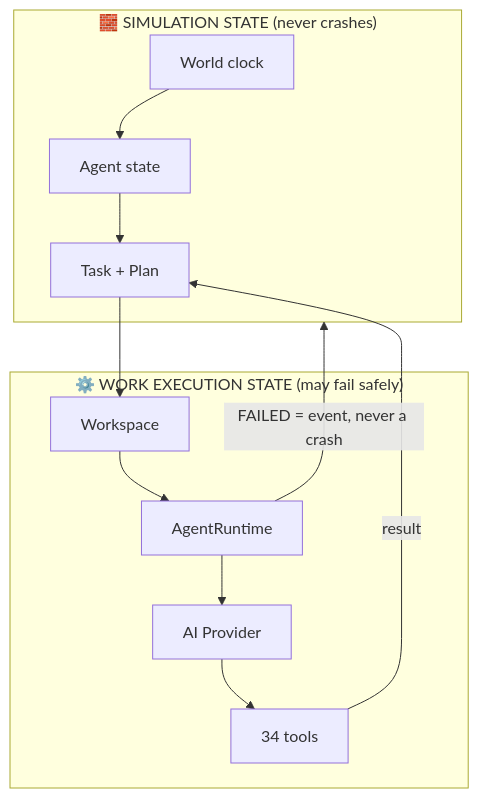
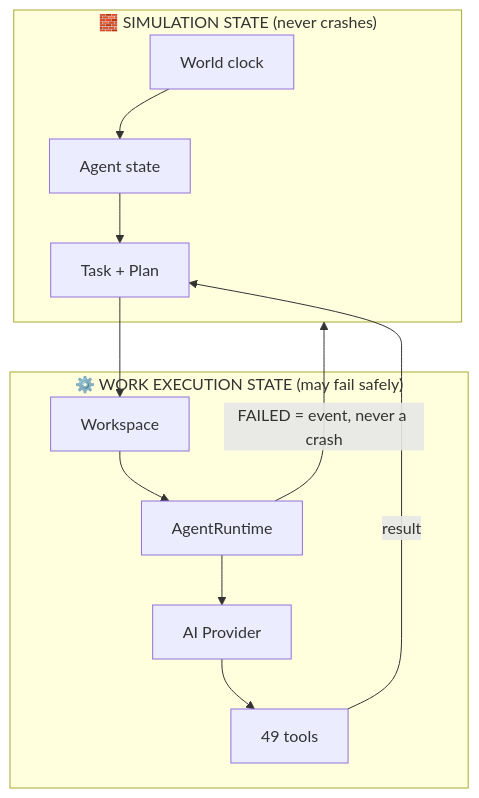
One commit to MOT1209/AgentWorld changed the diagram in README.md. Above: the diagram before and after it, drawn with Mermaid. The commit also changed other lines of this file, not shown here.

````diff
--- a/README.md
+++ b/README.md
@@ -30,17 +30,17 @@
 ```mermaid
 flowchart TB
     subgraph SIM["🧱 SIMULATION STATE (never crashes)"]
         WORLD[World clock]
         AGENT[Agent state]
         TASK[Task + Plan]
     end
     subgraph WORK["⚙️ WORK EXECUTION STATE (may fail safely)"]
         WS[Workspace]
         RUN[AgentRuntime]
         AI[AI Provider]
-        TOOLS[34 tools]
+        TOOLS[49 tools]
     end
     WORLD --> AGENT --> TASK --> WS --> RUN --> AI --> TOOLS
     TOOLS -->|result| TASK
     RUN -->|FAILED = event, never a crash| SIM
 ```
````
